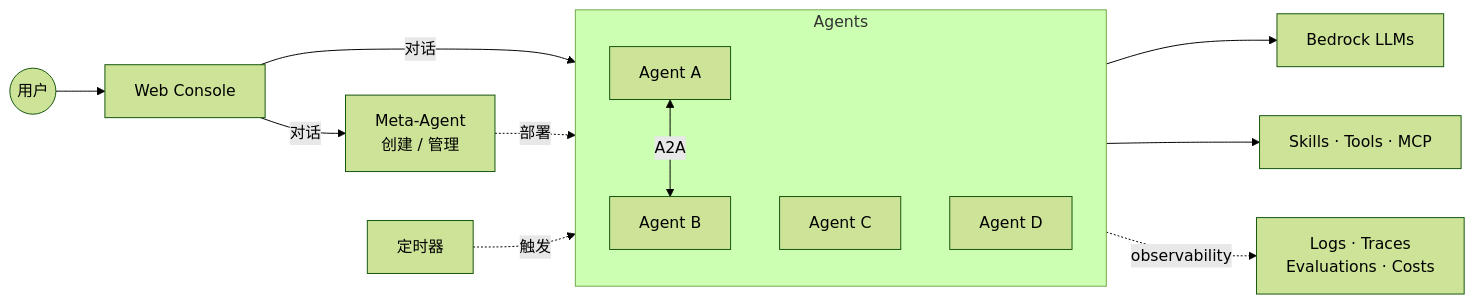
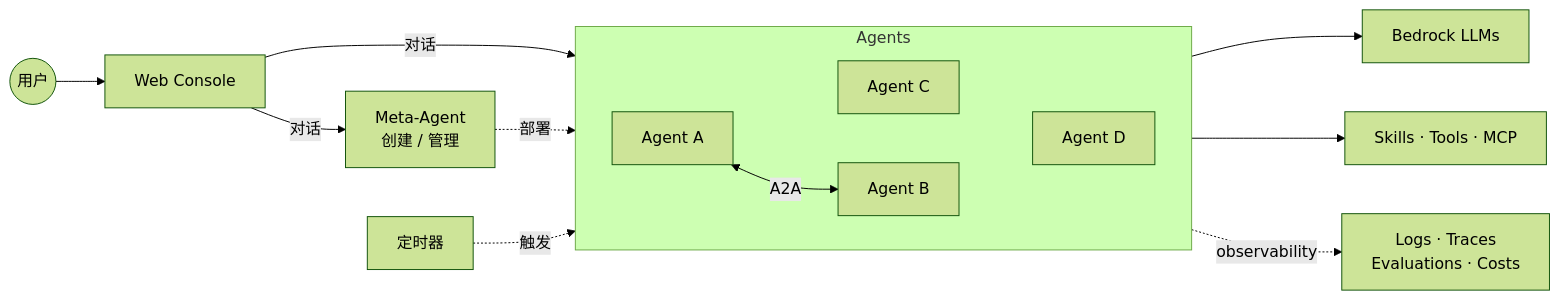
The first of 2 diagrams in README.md (ddpie/agent-studio), drawn with Mermaid (forest theme) before and after one commit. The commit also changed other lines of this file, not shown here.

Commit message:
docs(readme): arrange 4 agents in 2x2 grid via invisible layout links

````diff
--- a/README.md
+++ b/README.md
@@ -19,19 +19,21 @@
 ```mermaid
 graph LR
     User((用户)) --> Web[Web Console]
     Cron[定时器]
     Web -->|对话| Meta[Meta-Agent<br/>创建 / 管理]
 
     subgraph Agents
+        direction LR
         A1[Agent A] <-->|A2A| A2[Agent B]
-        A3[Agent C]
-        A4[Agent D]
+        A3[Agent C] ~~~ A4[Agent D]
+        A1 ~~~ A3
+        A2 ~~~ A4
     end
 
     Web -->|对话| Agents
     Meta -.部署.-> Agents
     Cron -.触发.-> Agents
     Agents --> LLM[Bedrock LLMs]
     Agents --> Ext[Skills · Tools · MCP]
     Agents -.observability.-> Obs[Logs · Traces<br/>Evaluations · Costs]
 ```
````
